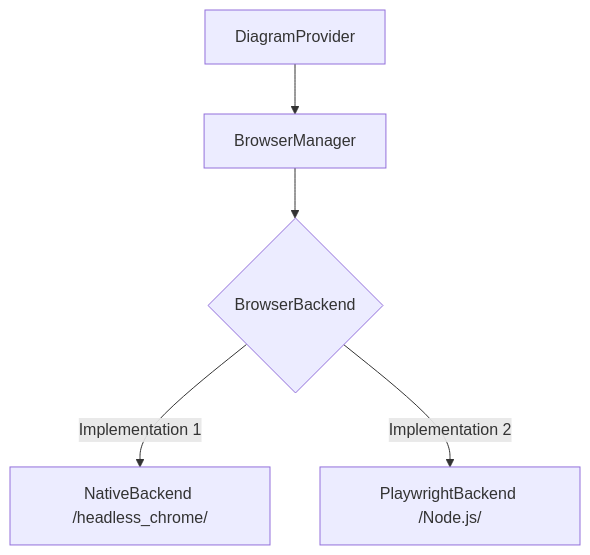
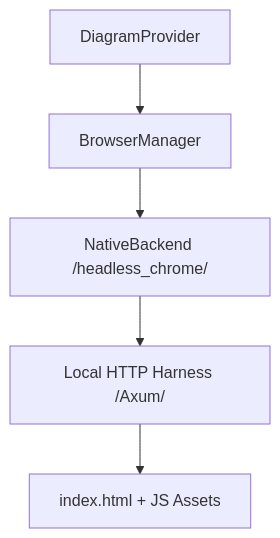
The diagram in docs/developer-guide/browser-rendering.md (softmentor/kroki-rs), drawn with Mermaid before and after one commit. The commit also changed other lines of this file and 71 other files, not shown here.

````diff
--- a/docs/developer-guide/browser-rendering.md
+++ b/docs/developer-guide/browser-rendering.md
@@ -15,7 +15,7 @@
 ```mermaid
 graph TD
     A[DiagramProvider] --> B[BrowserManager]
-    B --> C{BrowserBackend}
-    C -- Implementation 1 --> D[NativeBackend /headless_chrome/]
-    C -- Implementation 2 --> E[PlaywrightBackend /Node.js/]
+    B --> C[NativeBackend /headless_chrome/]
+    C --> D[Local HTTP Harness /Axum/]
+    D --> E[index.html + JS Assets]
 ```
````
